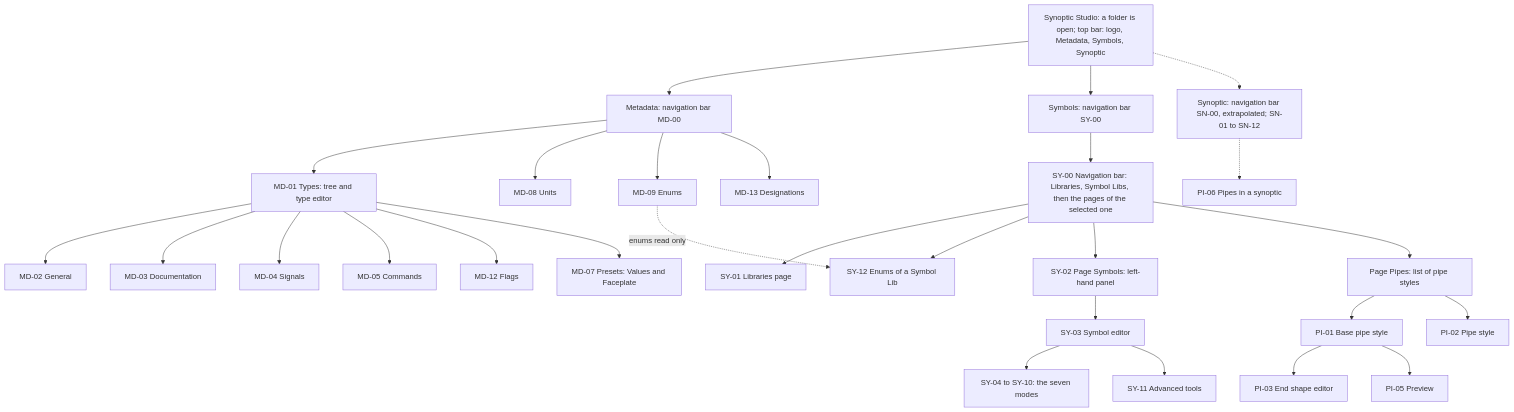
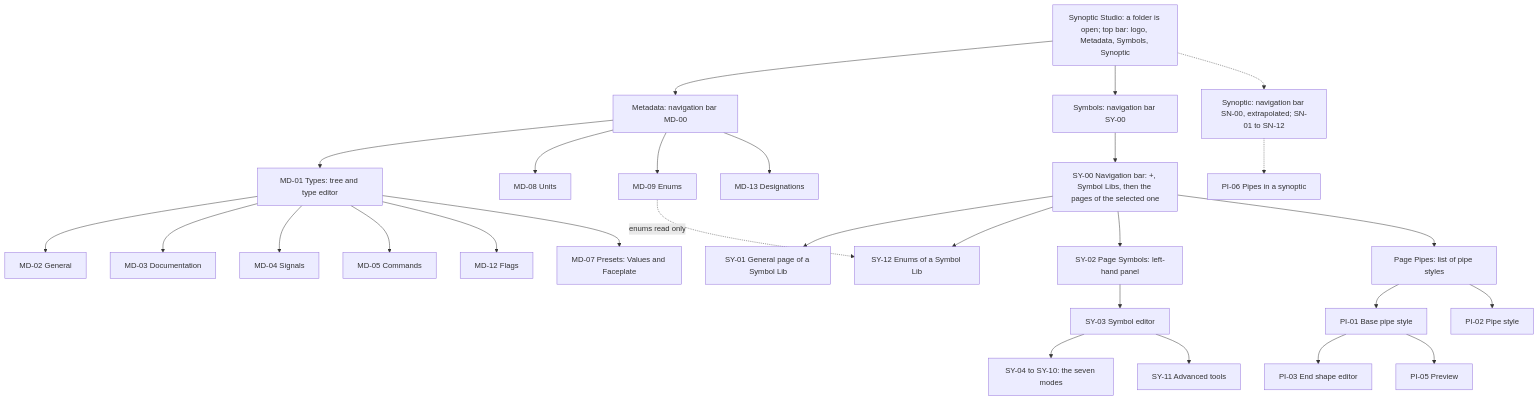
One commit to AlexandreGallais/synoptic-studio-spec changed the sixth of 6 diagrams in screens/README.md. Above: the diagram before and after it, drawn with Mermaid. The commit also changed other lines of this file and 8 other files, not shown here.

First line of the commit message:
docs(symbols): replace the libraries page with a general page per library

````diff
--- a/screens/README.md
+++ b/screens/README.md
@@ -190,32 +190,32 @@
 ```mermaid
 flowchart TD
     APP["Synoptic Studio: a folder is open; top bar: logo, Metadata, Symbols, Synoptic"] --> MD["Metadata: navigation bar MD-00"]
     APP --> SY["Symbols: navigation bar SY-00"]
     APP -.-> P3["Synoptic: navigation bar SN-00, extrapolated; SN-01 to SN-12"]
 
     MD --> MD01["MD-01 Types: tree and type editor"]
     MD01 --> MD02["MD-02 General"]
     MD01 --> MD03["MD-03 Documentation"]
     MD01 --> MD04["MD-04 Signals"]
     MD01 --> MD05["MD-05 Commands"]
     MD01 --> MD12["MD-12 Flags"]
     MD01 --> MD07["MD-07 Presets: Values and Faceplate"]
     MD --> MD08["MD-08 Units"]
     MD --> MD09["MD-09 Enums"]
     MD --> MD13["MD-13 Designations"]
 
-    SY --> SY00["SY-00 Navigation bar: Libraries, Symbol Libs, then the pages of the selected one"]
-    SY00 --> SY01["SY-01 Libraries page"]
+    SY --> SY00["SY-00 Navigation bar: +, Symbol Libs, then the pages of the selected one"]
+    SY00 --> SY01["SY-01 General page of a Symbol Lib"]
     SY00 --> SY12["SY-12 Enums of a Symbol Lib"]
     SY00 --> SY02["SY-02 Page Symbols: left-hand panel"]
     SY00 --> SYP["Page Pipes: list of pipe styles"]
     SY02 --> SY03["SY-03 Symbol editor"]
     SY03 --> SY04["SY-04 to SY-10: the seven modes"]
     SY03 --> SY11["SY-11 Advanced tools"]
     MD09 -.->|"enums read only"| SY12
     SYP --> PI01["PI-01 Base pipe style"]
     SYP --> PI02["PI-02 Pipe style"]
     PI01 --> PI03["PI-03 End shape editor"]
     PI01 --> PI05["PI-05 Preview"]
     P3 -.-> PI06["PI-06 Pipes in a synoptic"]
 ```
````
